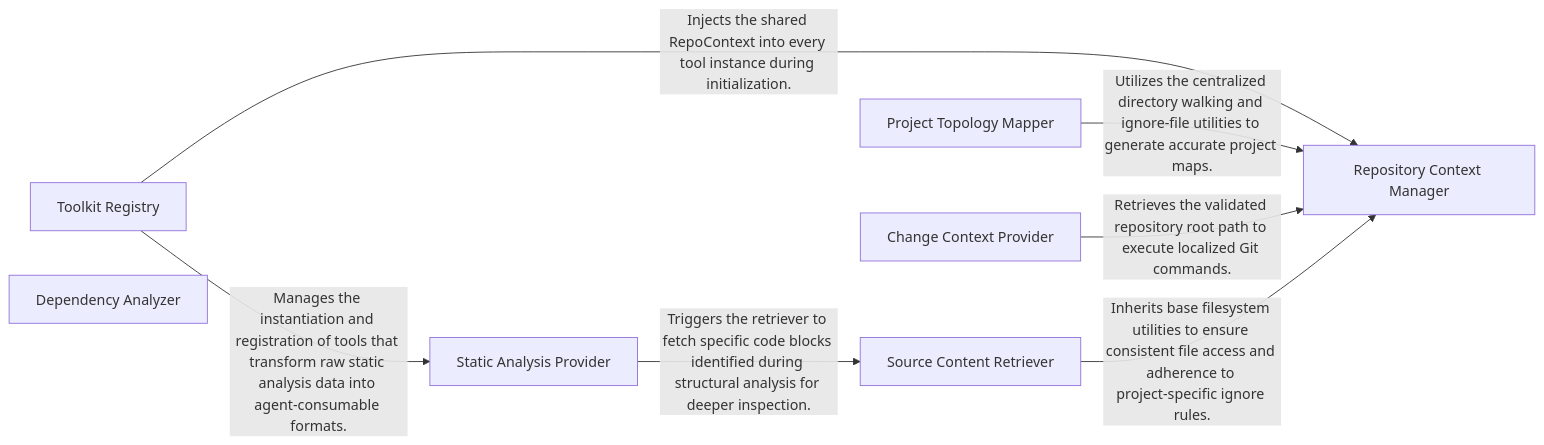
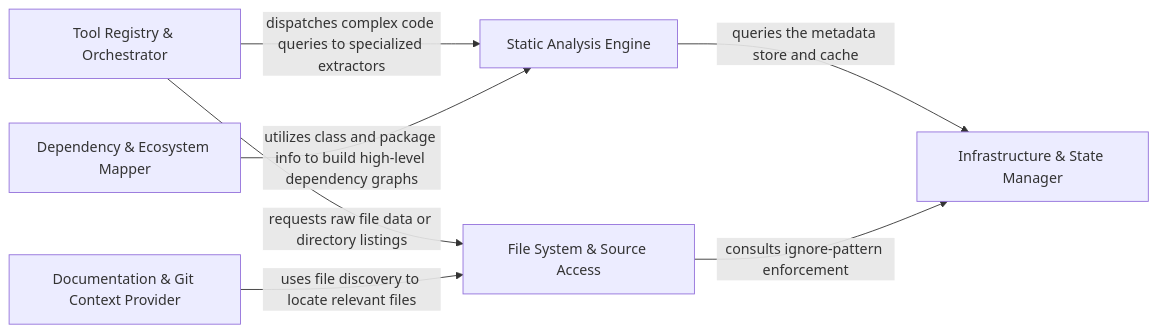
Before and after one commit to CodeBoarding/CodeBoarding: the diagram in .codeboarding/Agent_Tooling_Interface.md, drawn with Mermaid. The commit also changed other lines of this file and 10 other files, not shown here.

````diff
--- a/.codeboarding/Agent_Tooling_Interface.md
+++ b/.codeboarding/Agent_Tooling_Interface.md
@@ -1,16 +1,15 @@
 ```mermaid
 graph LR
-    Toolkit_Registry["Toolkit Registry"]
-    Repository_Context_Manager["Repository Context Manager"]
-    Static_Analysis_Provider["Static Analysis Provider"]
-    Source_Content_Retriever["Source Content Retriever"]
-    Project_Topology_Mapper["Project Topology Mapper"]
-    Change_Context_Provider["Change Context Provider"]
-    Dependency_Analyzer["Dependency Analyzer"]
-    Toolkit_Registry -- "Injects the shared RepoContext into every tool instance during initialization." --> Repository_Context_Manager
-    Static_Analysis_Provider -- "Triggers the retriever to fetch specific code blocks identified during structural analysis for deeper inspection." --> Source_Content_Retriever
-    Project_Topology_Mapper -- "Utilizes the centralized directory walking and ignore‑file utilities to generate accurate project maps." --> Repository_Context_Manager
-    Change_Context_Provider -- "Retrieves the validated repository root path to execute localized Git commands." --> Repository_Context_Manager
-    Source_Content_Retriever -- "Inherits base filesystem utilities to ensure consistent file access and adherence to project‑specific ignore rules." --> Repository_Context_Manager
-    Toolkit_Registry -- "Manages the instantiation and registration of tools that transform raw static analysis data into agent‑consumable formats." --> Static_Analysis_Provider
+    Tool_Registry_Orchestrator["Tool Registry & Orchestrator"]
+    Static_Analysis_Engine["Static Analysis Engine"]
+    File_System_Source_Access["File System & Source Access"]
+    Dependency_Ecosystem_Mapper["Dependency & Ecosystem Mapper"]
+    Documentation_Git_Context_Provider["Documentation & Git Context Provider"]
+    Infrastructure_State_Manager["Infrastructure & State Manager"]
+    Tool_Registry_Orchestrator -- "dispatches complex code queries to specialized extractors" --> Static_Analysis_Engine
+    Tool_Registry_Orchestrator -- "requests raw file data or directory listings" --> File_System_Source_Access
+    Static_Analysis_Engine -- "queries the metadata store and cache" --> Infrastructure_State_Manager
+    Dependency_Ecosystem_Mapper -- "utilizes class and package info to build high-level dependency graphs" --> Static_Analysis_Engine
+    File_System_Source_Access -- "consults ignore-pattern enforcement" --> Infrastructure_State_Manager
+    Documentation_Git_Context_Provider -- "uses file discovery to locate relevant files" --> File_System_Source_Access
 ```
````
